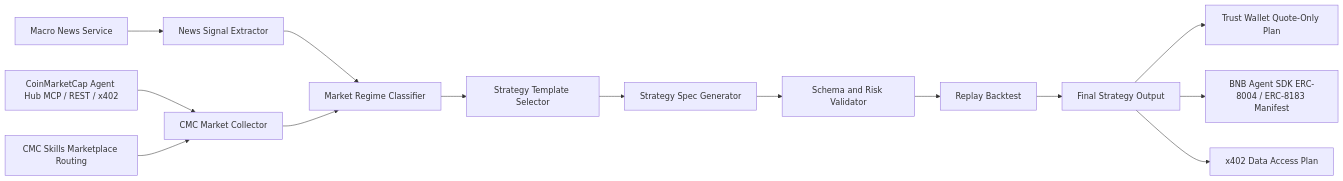
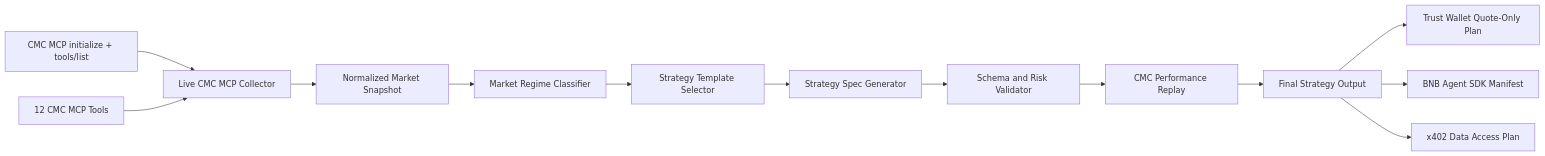
One commit to theconomicat/MacroPulse-Strategy-Skill changed the diagram in README.md. Above: the diagram before and after it, drawn with Mermaid. The commit also changed other lines of this file and 31 other files, not shown here.

Commit message:
Convert MacroPulse to live CMC MCP pipeline

````diff
--- a/README.md
+++ b/README.md
@@ -76,16 +65,15 @@
 ```mermaid
 flowchart LR
-    A["Macro News Service"] --> B["News Signal Extractor"]
-    C["CoinMarketCap Agent Hub MCP / REST / x402"] --> D["CMC Market Collector"]
-    M["CMC Skills Marketplace Routing"] --> D
-    B --> E["Market Regime Classifier"]
-    D --> E
+    A["CMC MCP initialize + tools/list"] --> B["Live CMC MCP Collector"]
+    C["12 CMC MCP Tools"] --> B
+    B --> D["Normalized Market Snapshot"]
+    D --> E["Market Regime Classifier"]
     E --> F["Strategy Template Selector"]
     F --> G["Strategy Spec Generator"]
     G --> H["Schema and Risk Validator"]
-    H --> I["Replay Backtest"]
+    H --> I["CMC Performance Replay"]
     I --> J["Final Strategy Output"]
     J --> K["Trust Wallet Quote-Only Plan"]
-    J --> L["BNB Agent SDK ERC-8004 / ERC-8183 Manifest"]
-    J --> N["x402 Data Access Plan"]
+    J --> L["BNB Agent SDK Manifest"]
+    J --> M["x402 Data Access Plan"]
 ```
````
